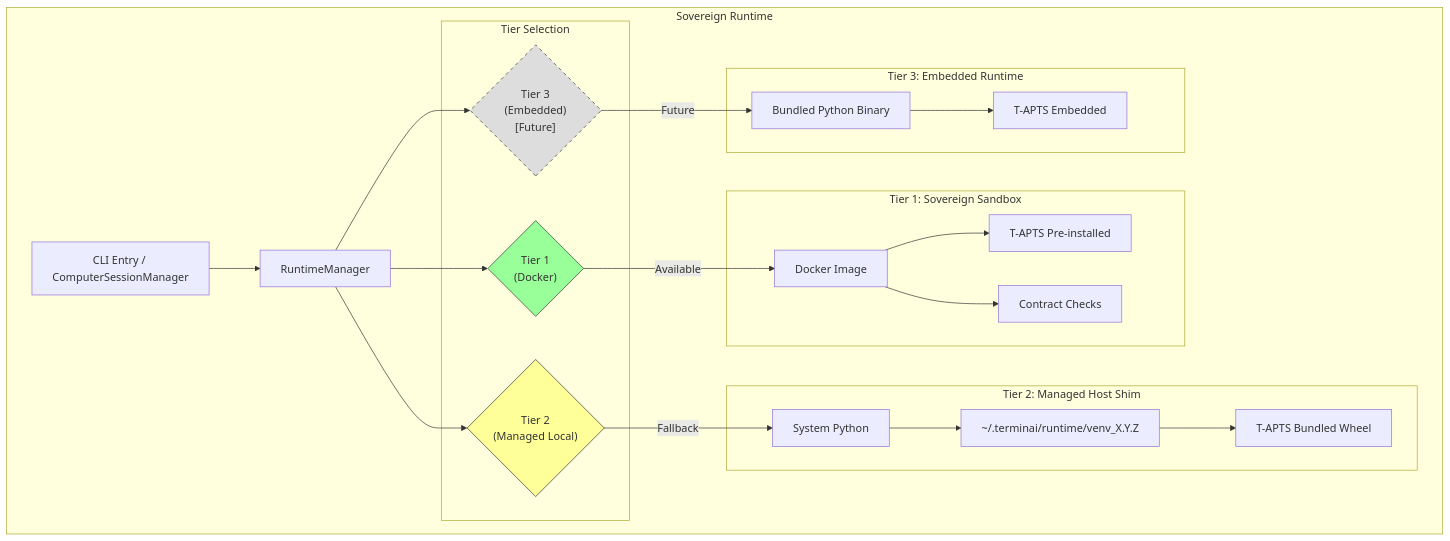
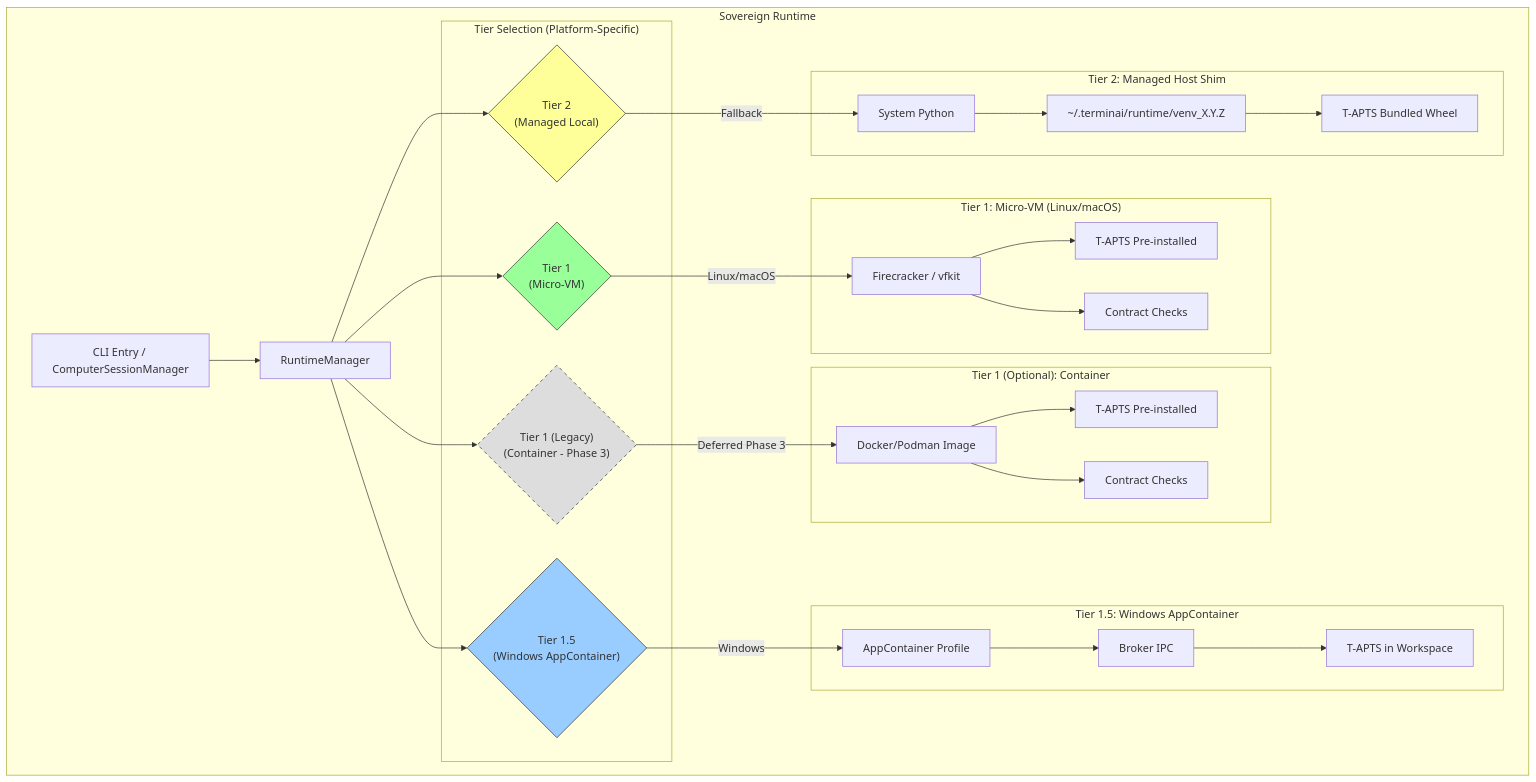
One commit to kp-fork/terminaI changed the third of 10 diagrams in docs-terminai/architecture-sovereign-runtime.md. Above: the diagram before and after it, drawn with Mermaid. The commit also changed other lines of this file and 7 other files, not shown here.

Commit message:
v1 execution of sovereign runtime

````diff
--- a/docs-terminai/architecture-sovereign-runtime.md
+++ b/docs-terminai/architecture-sovereign-runtime.md
@@ -190,50 +194,65 @@
 ```mermaid
 flowchart TB
     subgraph "Sovereign Runtime"
         Entry[CLI Entry / ComputerSessionManager]
         SM[RuntimeManager]
 
-        subgraph "Tier Selection"
-            T1{"Tier 1\n(Docker)"}
+        subgraph "Tier Selection (Platform-Specific)"
+            T1{"Tier 1\n(Micro-VM)"}
+            T1W{"Tier 1.5\n(Windows AppContainer)"}
+            T1C{"Tier 1 (Legacy)\n(Container - Phase 3)"}
             T2{"Tier 2\n(Managed Local)"}
-            T3{"Tier 3\n(Embedded)\n[Future]"}
         end
 
-        subgraph "Tier 1: Sovereign Sandbox"
-            Docker[Docker Image]
+        subgraph "Tier 1: Micro-VM (Linux/macOS)"
+            MicroVM[Firecracker / vfkit]
+            TAPTSVM[T-APTS Pre-installed]
+            CCVM[Contract Checks]
+        end
+
+        subgraph "Tier 1.5: Windows AppContainer"
+            AppC[AppContainer Profile]
+            Broker[Broker IPC]
+            TAPTSAC[T-APTS in Workspace]
+        end
+
+        subgraph "Tier 1 (Optional): Container"
+            Docker[Docker/Podman Image]
             TAPTS1[T-APTS Pre-installed]
             CC[Contract Checks]
         end
 
         subgraph "Tier 2: Managed Host Shim"
             Venv[~/.terminai/runtime/venv_X.Y.Z]
             TAPTS2[T-APTS Bundled Wheel]
             Python[System Python]
         end
-
-        subgraph "Tier 3: Embedded Runtime"
-            Bundled[Bundled Python Binary]
-            TAPTS3[T-APTS Embedded]
-        end
     end
 
     Entry --> SM
     SM --> T1
+    SM --> T1W
+    SM --> T1C
     SM --> T2
-    SM --> T3
 
-    T1 -->|Available| Docker
+    T1 -->|Linux/macOS| MicroVM
+    MicroVM --> TAPTSVM
+    MicroVM --> CCVM
+
+    T1W -->|Windows| AppC
+    AppC --> Broker
+    Broker --> TAPTSAC
+
+    T1C -->|Deferred Phase 3| Docker
     Docker --> TAPTS1
     Docker --> CC
 
     T2 -->|Fallback| Python
     Python --> Venv
     Venv --> TAPTS2
 
-    T3 -->|Future| Bundled
-    Bundled --> TAPTS3
-
     style T1 fill:#9f9,stroke:#333
+    style T1W fill:#9cf,stroke:#333
+    style T1C fill:#ddd,stroke:#333,stroke-dasharray: 5 5
     style T2 fill:#ff9,stroke:#333
-    style T3 fill:#ddd,stroke:#333,stroke-dasharray: 5 5
 ```
````
